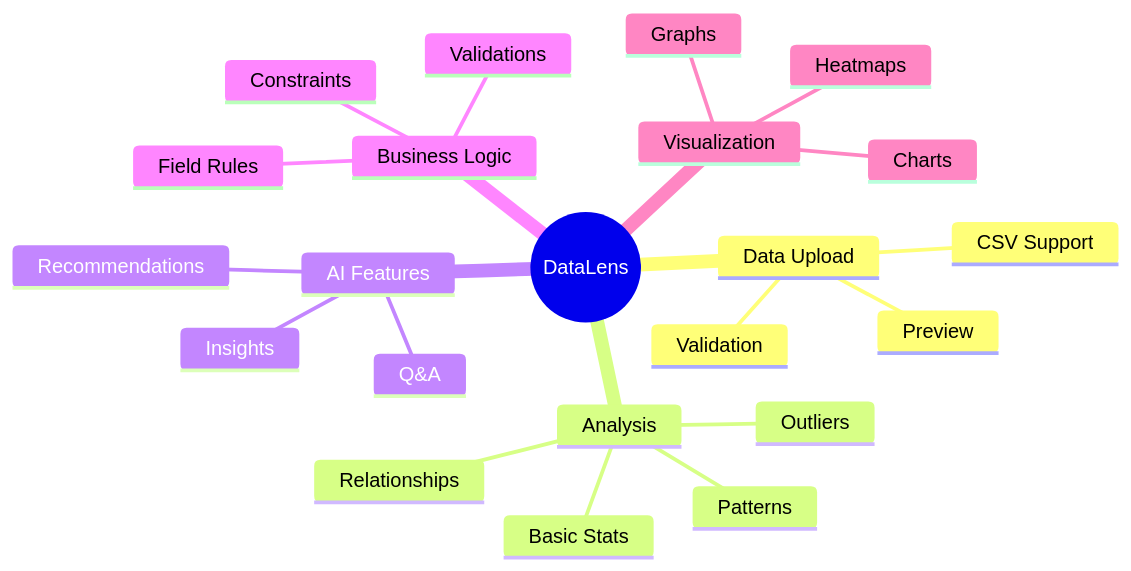
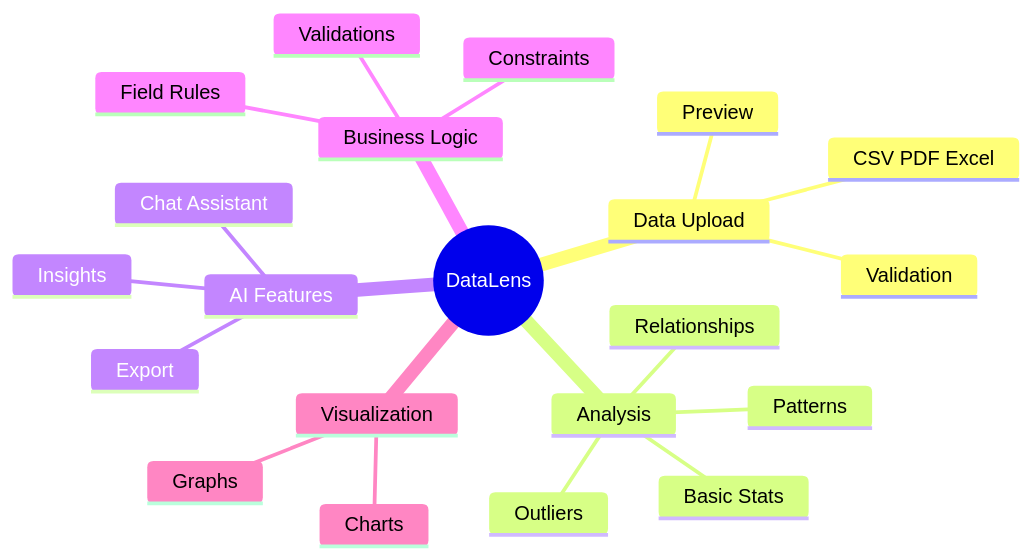
The ninth of 11 diagrams in presentation.md (nishant14763/datalens), drawn with Mermaid before and after one commit.

````diff
--- a/presentation.md
+++ b/presentation.md
@@ -225,25 +225,24 @@
 ```mermaid
 mindmap
     root((DataLens))
         Data Upload
-            CSV Support
+            CSV PDF Excel
             Validation
             Preview
         Analysis
             Basic Stats
             Patterns
             Outliers
             Relationships
         AI Features
-            Q&A
+            Chat Assistant
             Insights
-            Recommendations
+            Export
         Business Logic
             Field Rules
             Validations
             Constraints
         Visualization
             Charts
             Graphs
-            Heatmaps
 ```
````
